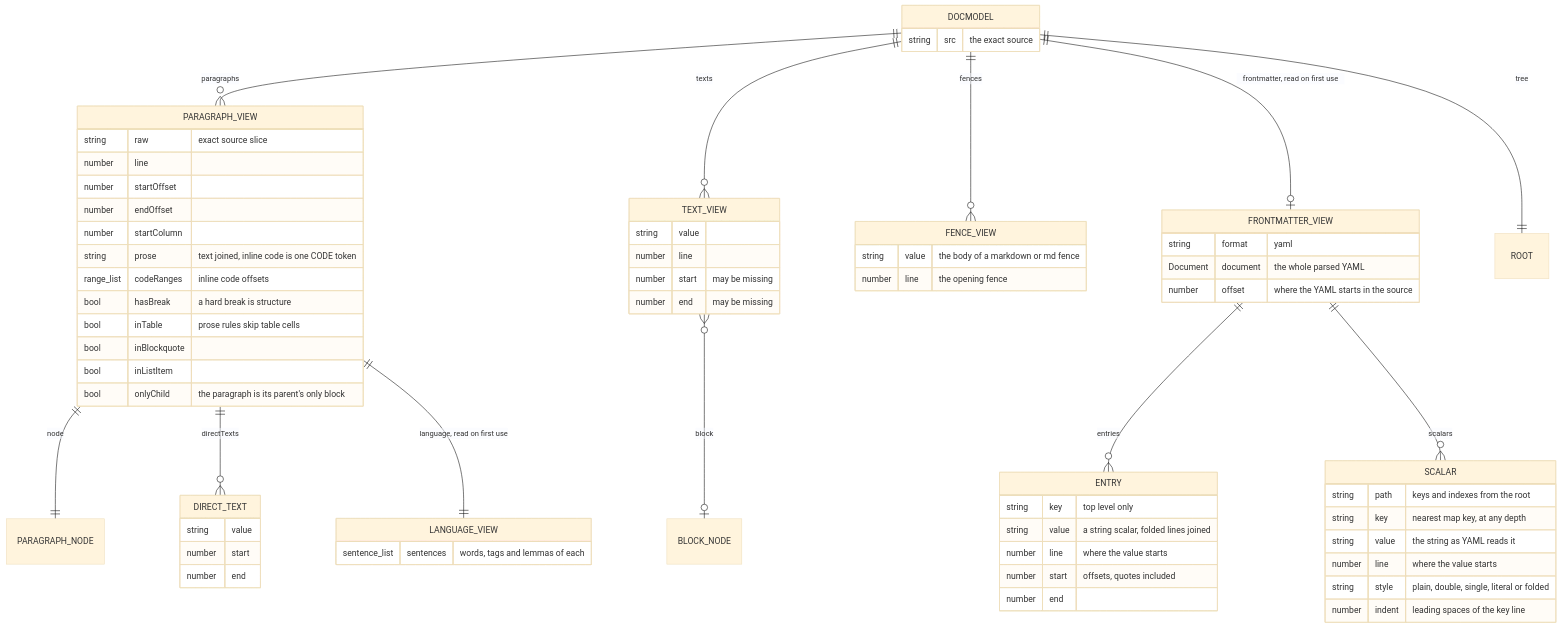
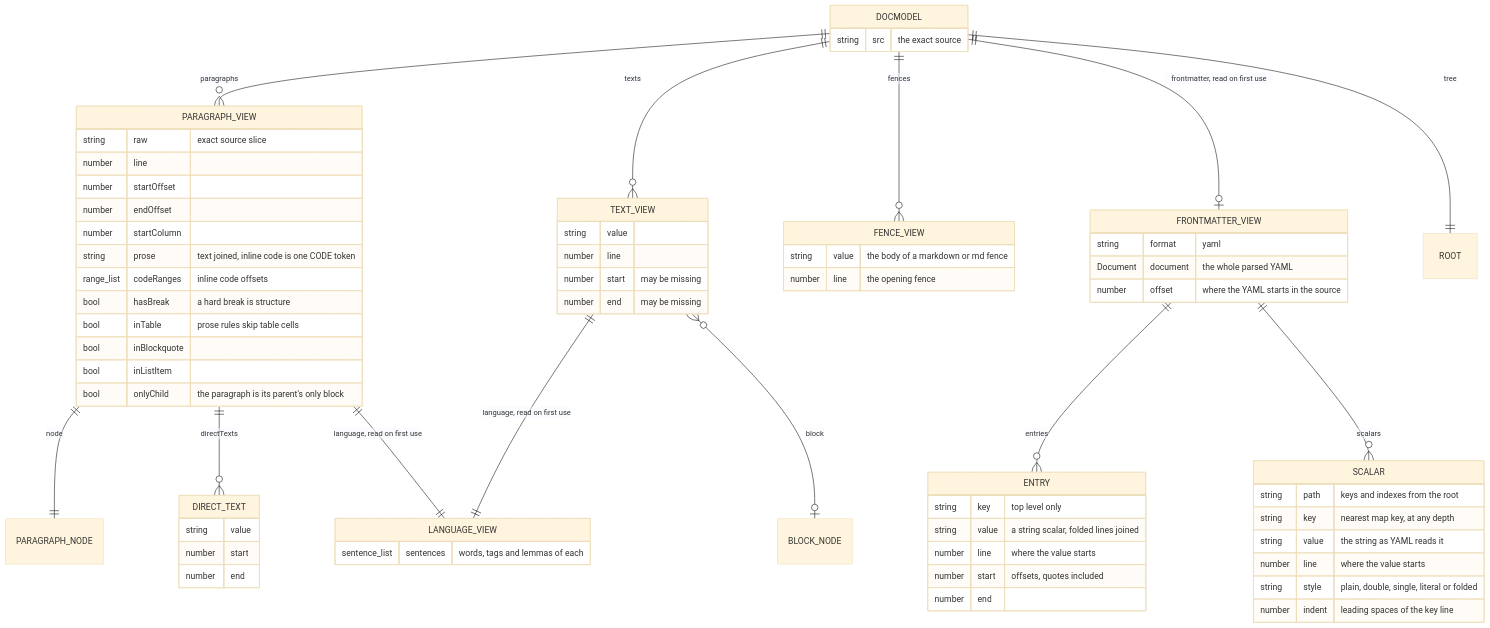
The second of 7 diagrams in docs/engines.md (jpeakai/jpai-prose-gates), drawn with Mermaid (base theme) before and after one commit. The commit also changed 13 other files, not shown here.

First line of the commit message:
feat: a text view carries the same lazy language view as a paragraph

````diff
--- a/docs/engines.md
+++ b/docs/engines.md
@@ -88,70 +88,71 @@
 ```mermaid
 erDiagram
     DOCMODEL ||--o{ PARAGRAPH_VIEW : paragraphs
     DOCMODEL ||--o{ TEXT_VIEW : texts
     DOCMODEL ||--o{ FENCE_VIEW : fences
     DOCMODEL ||--o| FRONTMATTER_VIEW : "frontmatter, read on first use"
     DOCMODEL ||--|| ROOT : tree
     PARAGRAPH_VIEW ||--|| PARAGRAPH_NODE : node
     PARAGRAPH_VIEW ||--o{ DIRECT_TEXT : directTexts
     PARAGRAPH_VIEW ||--|| LANGUAGE_VIEW : "language, read on first use"
     TEXT_VIEW }o--o| BLOCK_NODE : block
+    TEXT_VIEW ||--|| LANGUAGE_VIEW : "language, read on first use"
     FRONTMATTER_VIEW ||--o{ ENTRY : entries
     FRONTMATTER_VIEW ||--o{ SCALAR : scalars
 
     DOCMODEL {
         string src "the exact source"
     }
     PARAGRAPH_VIEW {
         string raw "exact source slice"
         number line
         number startOffset
         number endOffset
         number startColumn
         string prose "text joined, inline code is one CODE token"
         range_list codeRanges "inline code offsets"
         bool hasBreak "a hard break is structure"
         bool inTable "prose rules skip table cells"
         bool inBlockquote
         bool inListItem
         bool onlyChild "the paragraph is its parent's only block"
     }
     LANGUAGE_VIEW {
         sentence_list sentences "words, tags and lemmas of each"
     }
     DIRECT_TEXT {
         string value
         number start
         number end
     }
     TEXT_VIEW {
         string value
         number line
         number start "may be missing"
         number end "may be missing"
     }
     FENCE_VIEW {
         string value "the body of a markdown or md fence"
         number line "the opening fence"
     }
     FRONTMATTER_VIEW {
         string format "yaml"
         Document document "the whole parsed YAML"
         number offset "where the YAML starts in the source"
     }
     SCALAR {
         string path "keys and indexes from the root"
         string key "nearest map key, at any depth"
         string value "the string as YAML reads it"
         number line "where the value starts"
         string style "plain, double, single, literal or folded"
         number indent "leading spaces of the key line"
     }
     ENTRY {
         string key "top level only"
         string value "a string scalar, folded lines joined"
         number line "where the value starts"
         number start "offsets, quotes included"
         number end
     }
 ```
````
